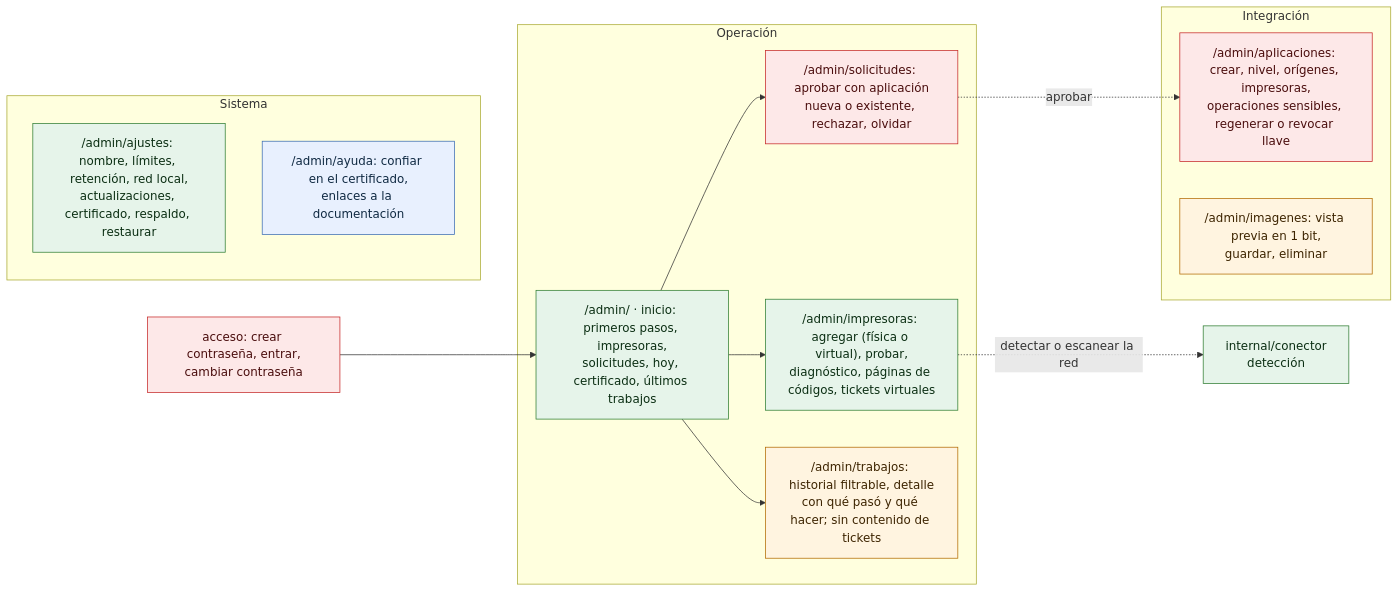
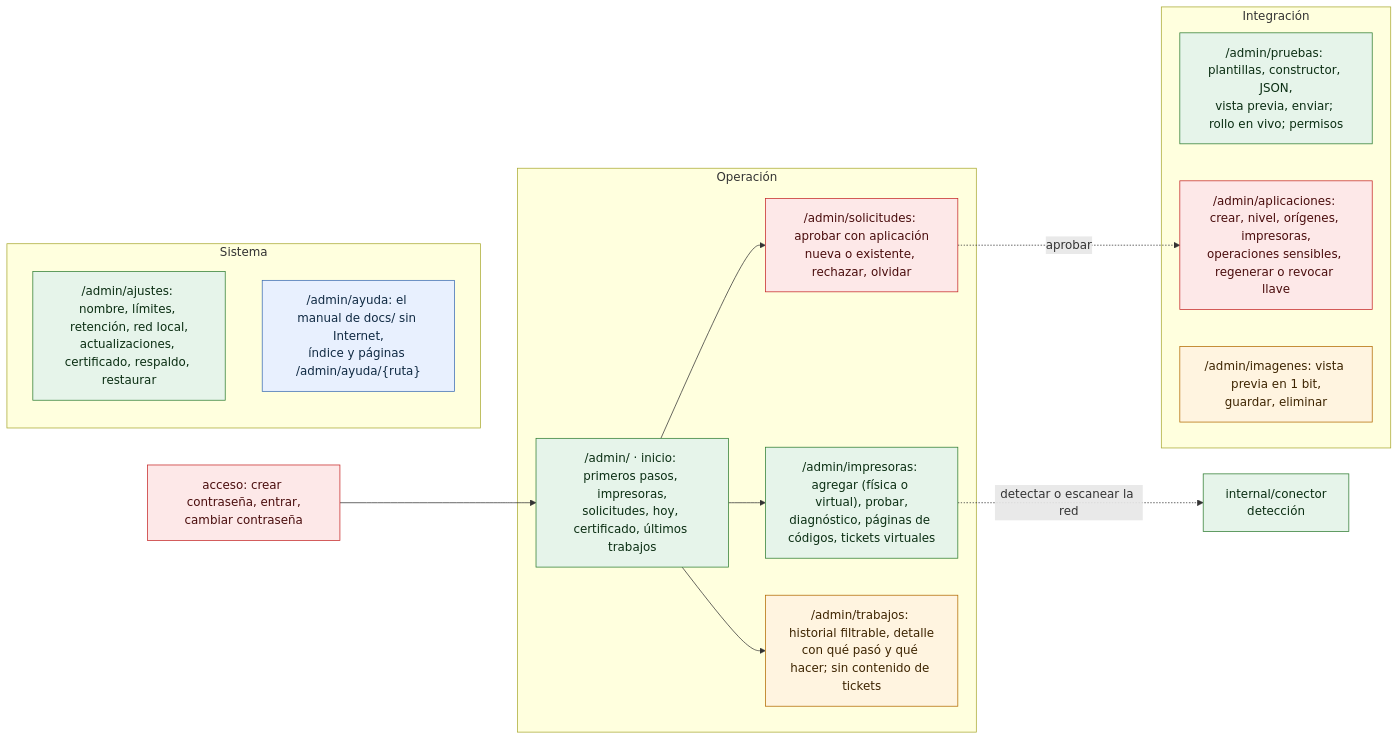
One commit to bayalad7/prisma changed the diagram in docs/diagramas/15-panel-navegacion.md. Above: the diagram before and after it, drawn with Mermaid. The commit also changed other lines of this file and 14 other files, not shown here.

First line of the commit message:
documentacion(prisma): describe la Ayuda nueva y registra el ADR 0017

````diff
--- a/docs/diagramas/15-panel-navegacion.md
+++ b/docs/diagramas/15-panel-navegacion.md
@@ -5,27 +5,28 @@
 ```mermaid
 flowchart LR
     acceso["acceso: crear contraseña, entrar,<br/>cambiar contraseña"]:::seguridad --> inicio
     subgraph operacion["Operación"]
         inicio["/admin/ · inicio: primeros pasos, impresoras,<br/>solicitudes, hoy, certificado, últimos trabajos"]:::prisma
         imp["/admin/impresoras: agregar (física o virtual), probar,<br/>diagnóstico, páginas de códigos, tickets virtuales"]:::prisma
         sol["/admin/solicitudes: aprobar con aplicación<br/>nueva o existente, rechazar, olvidar"]:::seguridad
         trab["/admin/trabajos: historial filtrable, detalle<br/>con qué pasó y qué hacer; sin contenido de tickets"]:::datos
     end
     subgraph integracion["Integración"]
+        pr["/admin/pruebas: plantillas, constructor, JSON,<br/>vista previa, enviar; rollo en vivo; permisos"]:::prisma
         apps["/admin/aplicaciones: crear, nivel, orígenes, impresoras,<br/>operaciones sensibles, regenerar o revocar llave"]:::seguridad
         rec["/admin/imagenes: vista previa en 1 bit,<br/>guardar, eliminar"]:::datos
     end
     subgraph sistema["Sistema"]
         aj["/admin/ajustes: nombre, límites, retención, red local,<br/>actualizaciones, certificado, respaldo, restaurar"]:::prisma
-        ay["/admin/ayuda: confiar en el certificado,<br/>enlaces a la documentación"]:::externo
+        ay["/admin/ayuda: el manual de docs/ sin Internet,<br/>índice y páginas /admin/ayuda/{ruta}"]:::externo
     end
     inicio --> imp
     inicio --> sol
     inicio --> trab
     sol -. "aprobar" .-> apps
     imp -. "detectar o escanear la red" .-> det["internal/conector<br/>detección"]:::prisma
     classDef externo fill:#e8f0fe,stroke:#3b6db3,color:#102a43
     classDef prisma fill:#e6f4ea,stroke:#2f7d32,color:#0b2e13
     classDef datos fill:#fff4e0,stroke:#b26a00,color:#3d2400
     classDef seguridad fill:#fde8e8,stroke:#c62828,color:#4a0d0d
 ```
````
